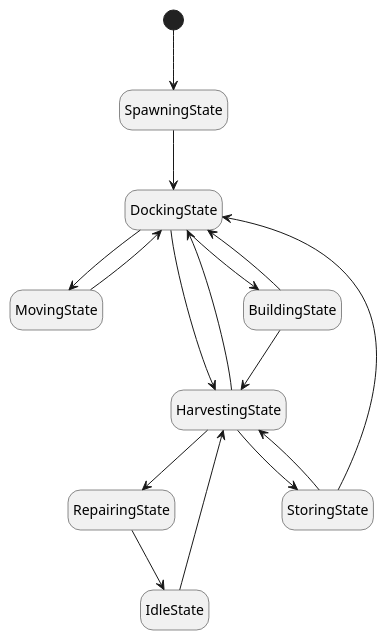
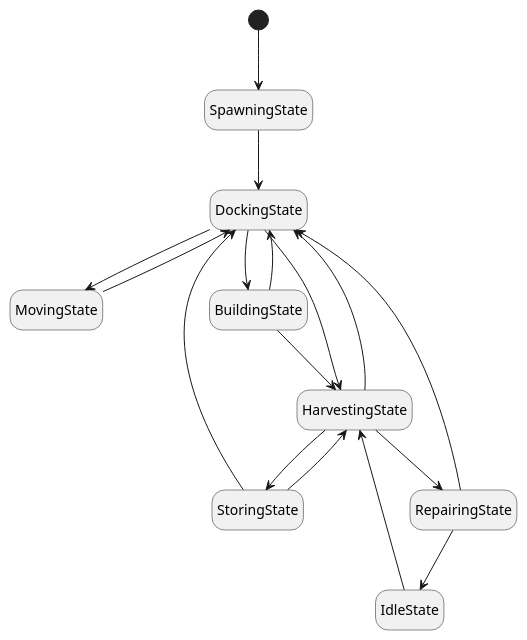
One commit to tomekbielaszewski/screeps-typescript changed the diagram in docs/roles/CanMiner.puml. Above: the diagram before and after it, drawn with PlantUML.

Commit message:
Can-miner state diagram

```diff
--- a/docs/roles/CanMiner.puml
+++ b/docs/roles/CanMiner.puml
@@ -1,25 +1,26 @@
 @startuml
 hide empty description
 [*] --> SpawningState
 SpawningState --> DockingState
 
 DockingState --> MovingState
 DockingState --> HarvestingState
 DockingState --> BuildingState
 
 MovingState --> DockingState
 
 HarvestingState --> StoringState
 HarvestingState --> DockingState
 HarvestingState --> RepairingState
 
 BuildingState --> HarvestingState
 BuildingState --> DockingState
 
 StoringState --> HarvestingState
 StoringState --> DockingState
 
 RepairingState --> IdleState
+RepairingState --> DockingState
 
 IdleState --> HarvestingState
 @enduml
```
